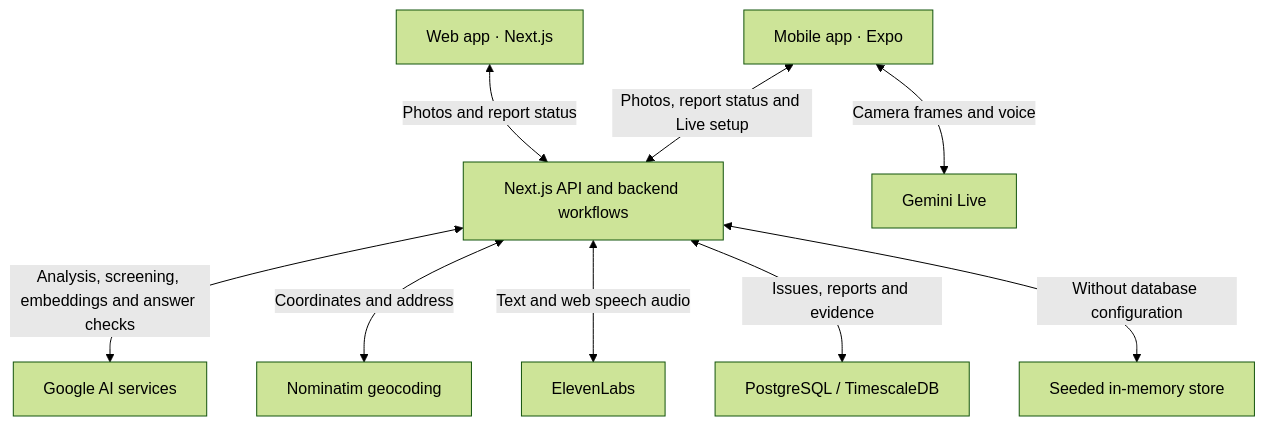
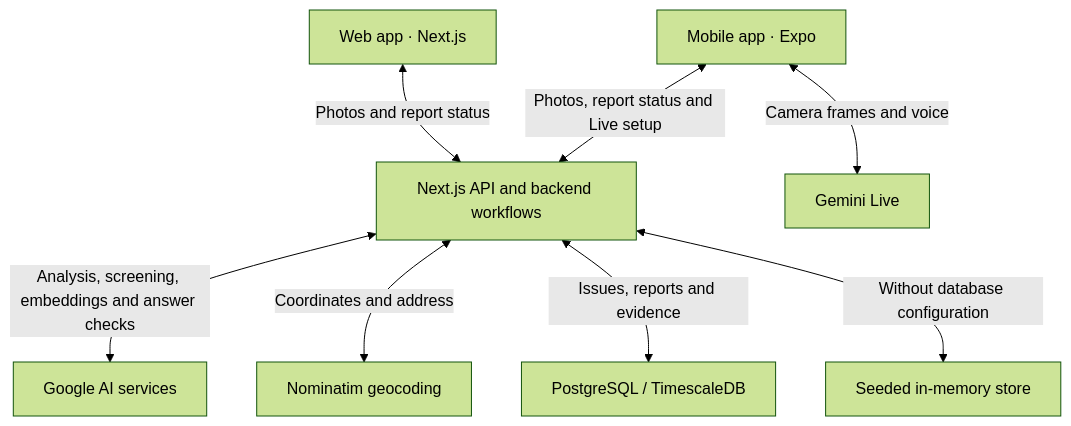
One commit to omaribrahim6/mamdani changed the diagram in README.md. Above: the diagram before and after it, drawn with Mermaid (forest theme). The commit also changed other lines of this file and 4 other files, not shown here.

Commit message:
Remove obsolete ElevenLabs integration and documentation

````diff
--- a/README.md
+++ b/README.md
@@ -9,11 +9,10 @@
 ```mermaid
 flowchart TD
     Web["Web app · Next.js"] <-->|Photos and report status| Backend
     Mobile["Mobile app · Expo"] <-->|Photos, report status and Live setup| Backend
     Mobile <-->|Camera frames and voice| Live["Gemini Live"]
     Backend["Next.js API and backend workflows"] <-->|Analysis, screening, embeddings and answer checks| AI["Google AI services"]
     Backend <-->|Coordinates and address| Geo["Nominatim geocoding"]
-    Backend <-->|Text and web speech audio| Voice["ElevenLabs"]
     Backend <-->|Issues, reports and evidence| DB["PostgreSQL / TimescaleDB"]
     Backend <-->|Without database configuration| Demo["Seeded in-memory store"]
 ```
````
